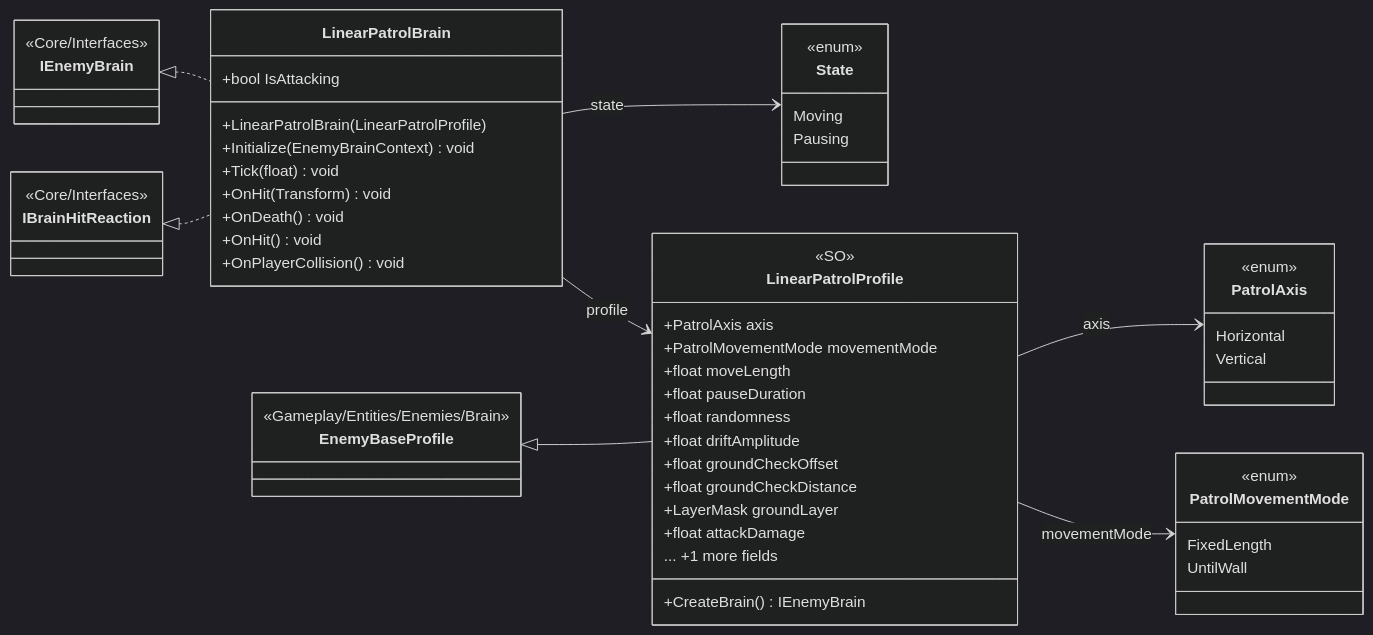
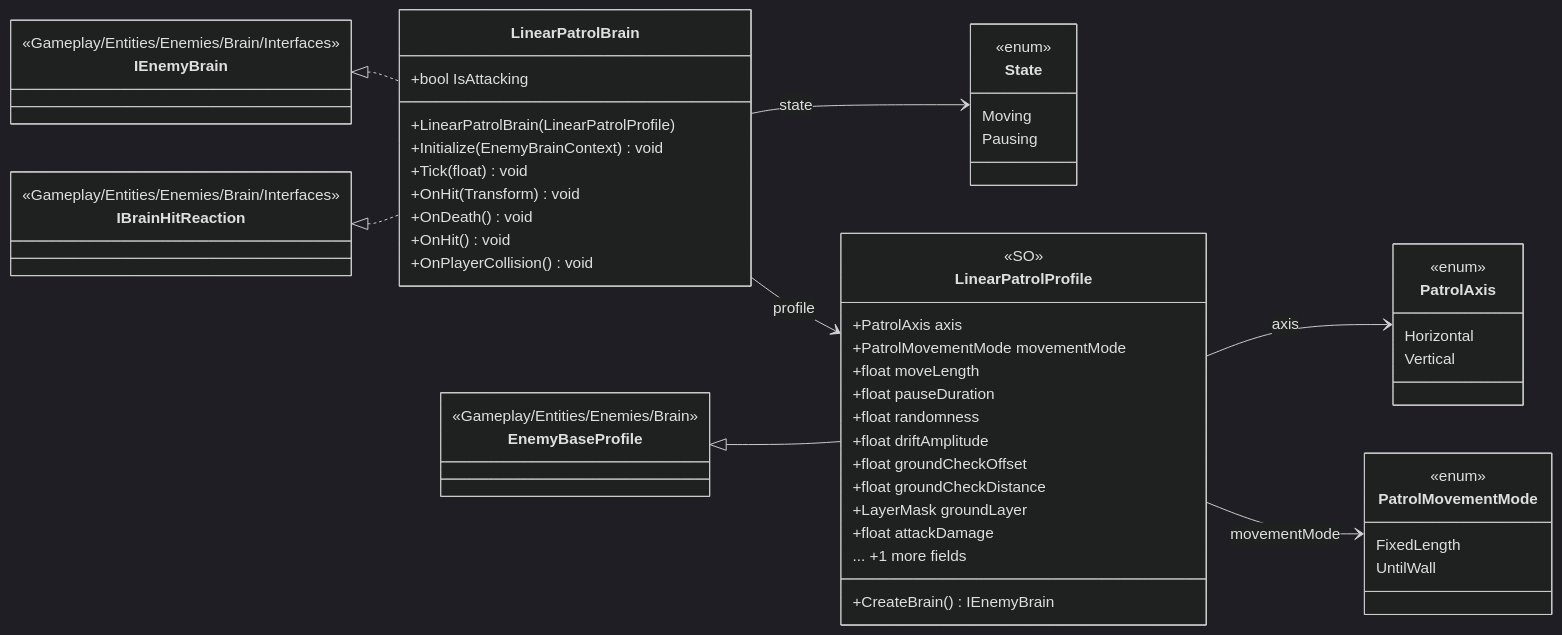
Before and after one commit to PhumipatWave/project-ocean: the diagram in docs/uml/modules/Gameplay_Entities_Enemies_Brain_LinearPatrol.md, drawn with Mermaid (dark theme). The commit also changed other lines of this file and 191 other files, not shown here.

````diff
--- a/docs/uml/modules/Gameplay_Entities_Enemies_Brain_LinearPatrol.md
+++ b/docs/uml/modules/Gameplay_Entities_Enemies_Brain_LinearPatrol.md
@@ -7,60 +7,60 @@
 ```mermaid
 classDiagram
   direction LR
   class LinearPatrolBrain {
     +bool IsAttacking
     +LinearPatrolBrain(LinearPatrolProfile)
     +Initialize(EnemyBrainContext) void
     +Tick(float) void
     +OnHit(Transform) void
     +OnDeath() void
     +OnHit() void
     +OnPlayerCollision() void
   }
   class State {
     <<enum>>
     Moving
     Pausing
   }
   class PatrolAxis {
     <<enum>>
     Horizontal
     Vertical
   }
   class PatrolMovementMode {
     <<enum>>
     FixedLength
     UntilWall
   }
   class LinearPatrolProfile {
     <<SO>>
     +PatrolAxis axis
     +PatrolMovementMode movementMode
     +float moveLength
     +float pauseDuration
     +float randomness
     +float driftAmplitude
     +float groundCheckOffset
     +float groundCheckDistance
     +LayerMask groundLayer
     +float attackDamage
     ... +1 more fields
     +CreateBrain() IEnemyBrain
   }
   class EnemyBaseProfile {
     <<Gameplay/Entities/Enemies/Brain>>
   }
   class IBrainHitReaction {
-    <<Core/Interfaces>>
+    <<Gameplay/Entities/Enemies/Brain/Interfaces>>
   }
   class IEnemyBrain {
-    <<Core/Interfaces>>
+    <<Gameplay/Entities/Enemies/Brain/Interfaces>>
   }
   EnemyBaseProfile <|-- LinearPatrolProfile
   IBrainHitReaction <|.. LinearPatrolBrain
   IEnemyBrain <|.. LinearPatrolBrain
   LinearPatrolBrain --> LinearPatrolProfile : profile
   LinearPatrolBrain --> State : state
   LinearPatrolProfile --> PatrolAxis : axis
   LinearPatrolProfile --> PatrolMovementMode : movementMode
 ```
````
